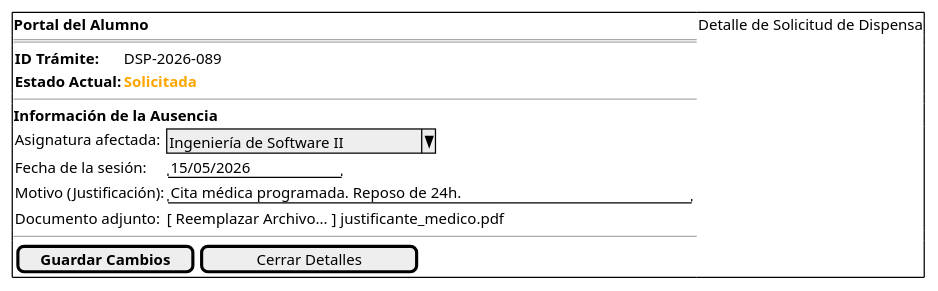
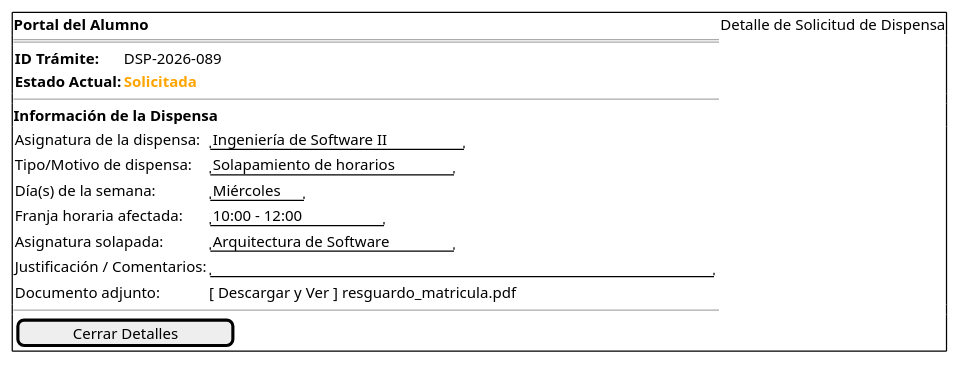
Before and after one commit to enmabry/25-26-IdSw1-SdR: the diagram in documents/CasosDeUso/Prototipos/Alumno/consultarSolicitudDispensa.puml, drawn with PlantUML. The commit also changed 43 other files, not shown here.

```diff
--- a/documents/CasosDeUso/Prototipos/Alumno/consultarSolicitudDispensa.puml
+++ b/documents/CasosDeUso/Prototipos/Alumno/consultarSolicitudDispensa.puml
@@ -1,22 +1,25 @@
 @startsalt
 {+
   <b>Portal del Alumno | Detalle de Solicitud de Dispensa
   ==
   {
     <b>ID Trámite: | DSP-2026-089
     <b>Estado Actual: | <b><color:orange>Solicitada</color>
   }
   --
-  <b>Información de la Ausencia
+  <b>Información de la Dispensa
   {
-    Asignatura afectada: | ^Ingeniería de Software II^
-    Fecha de la sesión:  | "15/05/2026       "
-    Motivo (Justificación): | "Cita médica programada. Reposo de 24h.              "
-    Documento adjunto:   | [ Reemplazar Archivo... ] justificante_medico.pdf
+    Asignatura de la dispensa: | "Ingeniería de Software II"
+    Tipo/Motivo de dispensa:   | "Solapamiento de horarios"
+    Día(s) de la semana:       | "Miércoles"
+    Franja horaria afectada:   | "10:00 - 12:00    "
+    Asignatura solapada:       | "Arquitectura de Software"
+    Justificación / Comentarios:| "                                                  "
+    Documento adjunto:         | [ Descargar y Ver ] resguardo_matricula.pdf
   }
   --
   {
-    [ <b>Guardar Cambios</b> ] | [   Cerrar Detalles   ]
+    [   Cerrar Detalles   ]
   }
 }
 @endsalt
```
